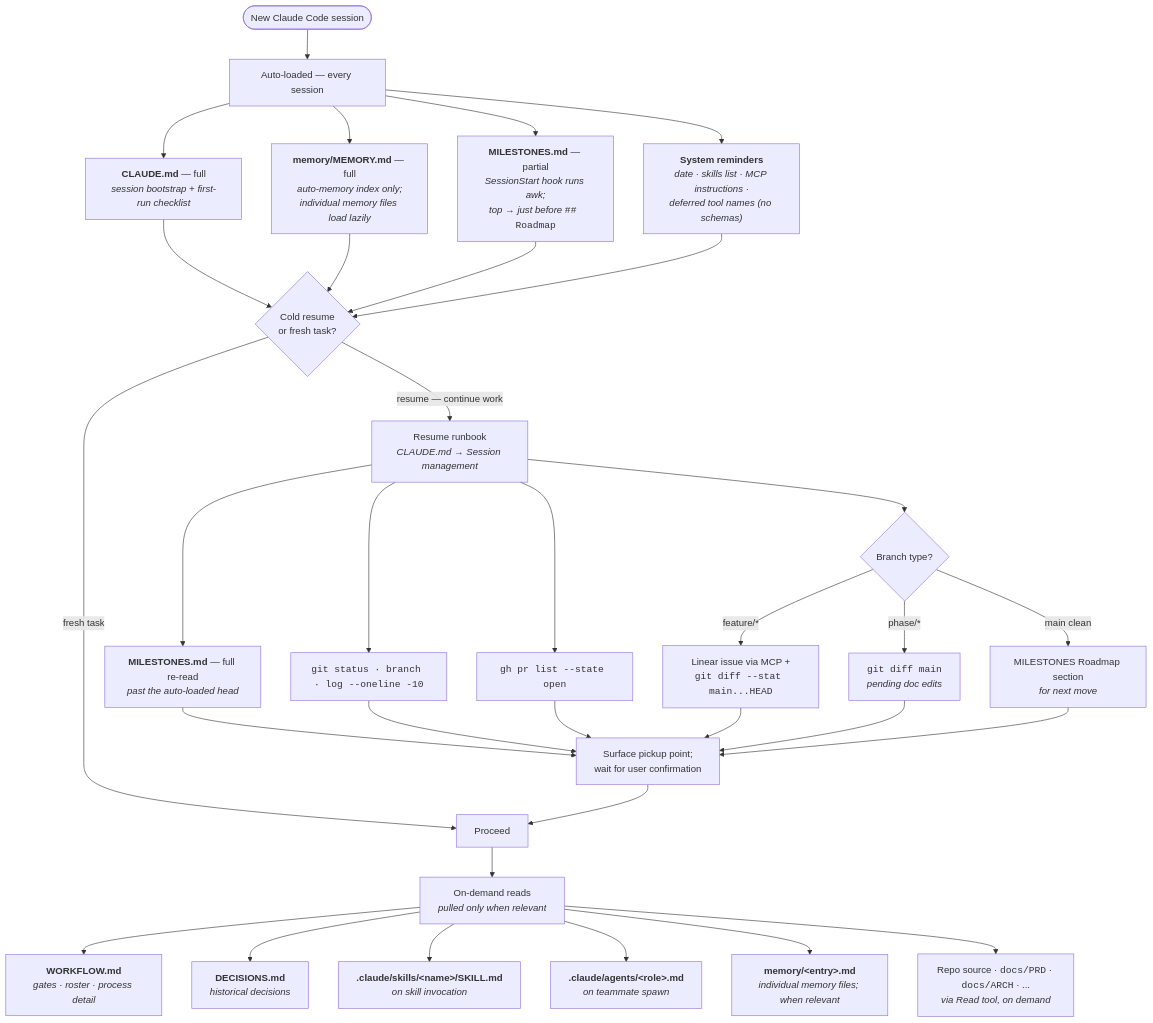
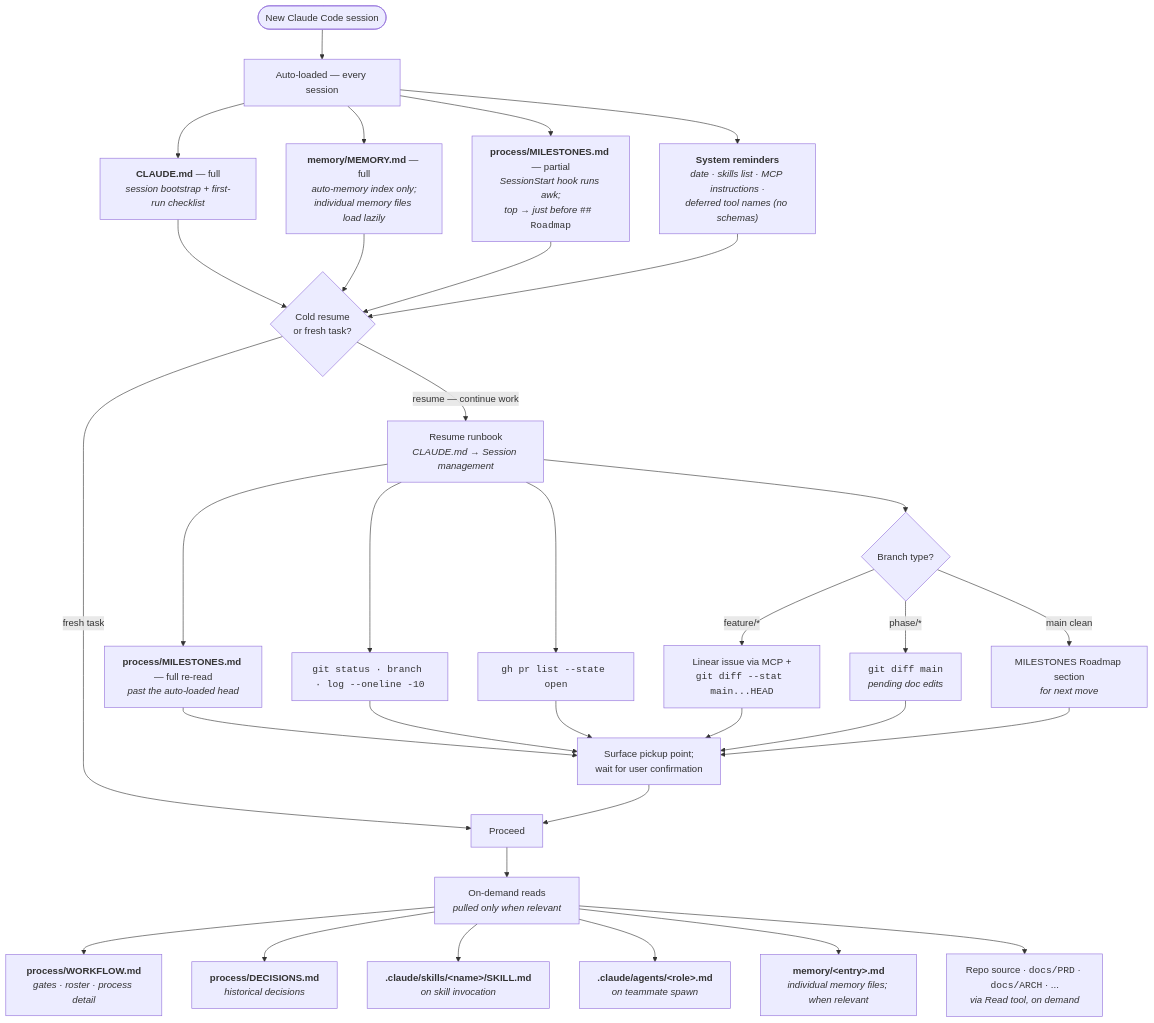
One commit to richmosko/project_template changed the second of 2 diagrams in README.md. Above: the diagram before and after it, drawn with Mermaid. The commit also changed other lines of this file and 36 other files, not shown here.

````diff
--- a/README.md
+++ b/README.md
@@ -155,46 +155,46 @@
 ```mermaid
 flowchart TD
   S0([New Claude Code session])
 
   S0 --> A["Auto-loaded — every session"]
 
   A --> A1["<b>CLAUDE.md</b> — full<br/><i>session bootstrap + first-run checklist</i>"]
   A --> A2["<b>memory/MEMORY.md</b> — full<br/><i>auto-memory index only;<br/>individual memory files load lazily</i>"]
-  A --> A3["<b>MILESTONES.md</b> — partial<br/><i>SessionStart hook runs awk;<br/>top → just before</i> <code>## Roadmap</code>"]
+  A --> A3["<b>process/MILESTONES.md</b> — partial<br/><i>SessionStart hook runs awk;<br/>top → just before</i> <code>## Roadmap</code>"]
   A --> A4["<b>System reminders</b><br/><i>date · skills list · MCP instructions ·<br/>deferred tool names (no schemas)</i>"]
 
   A1 --> Q{"Cold resume<br/>or fresh task?"}
   A2 --> Q
   A3 --> Q
   A4 --> Q
 
   Q -->|resume — continue work| RB["Resume runbook<br/><i>CLAUDE.md → Session management</i>"]
 
-  RB --> R1["<b>MILESTONES.md</b> — full re-read<br/><i>past the auto-loaded head</i>"]
+  RB --> R1["<b>process/MILESTONES.md</b> — full re-read<br/><i>past the auto-loaded head</i>"]
   RB --> R2["<code>git status · branch · log --oneline -10</code>"]
   RB --> R3["<code>gh pr list --state open</code>"]
   RB --> BR{"Branch type?"}
 
   BR -->|feature/*| R5["Linear issue via MCP +<br/><code>git diff --stat main...HEAD</code>"]
   BR -->|phase/*| R6["<code>git diff main</code><br/><i>pending doc edits</i>"]
   BR -->|main clean| R7["MILESTONES Roadmap section<br/><i>for next move</i>"]
 
   R1 --> CONF["Surface pickup point;<br/>wait for user confirmation"]
   R2 --> CONF
   R3 --> CONF
   R5 --> CONF
   R6 --> CONF
   R7 --> CONF
 
   Q -->|fresh task| W["Proceed"]
   CONF --> W
 
   W --> LZ["On-demand reads<br/><i>pulled only when relevant</i>"]
 
-  LZ --> L1["<b>WORKFLOW.md</b><br/><i>gates · roster · process detail</i>"]
-  LZ --> L2["<b>DECISIONS.md</b><br/><i>historical decisions</i>"]
+  LZ --> L1["<b>process/WORKFLOW.md</b><br/><i>gates · roster · process detail</i>"]
+  LZ --> L2["<b>process/DECISIONS.md</b><br/><i>historical decisions</i>"]
   LZ --> L3["<b>.claude/skills/&lt;name&gt;/SKILL.md</b><br/><i>on skill invocation</i>"]
   LZ --> L4["<b>.claude/agents/&lt;role&gt;.md</b><br/><i>on teammate spawn</i>"]
   LZ --> L5["<b>memory/&lt;entry&gt;.md</b><br/><i>individual memory files; when relevant</i>"]
   LZ --> L6["Repo source · <code>docs/PRD</code> · <code>docs/ARCH</code> · ...<br/><i>via Read tool, on demand</i>"]
 ```
````
